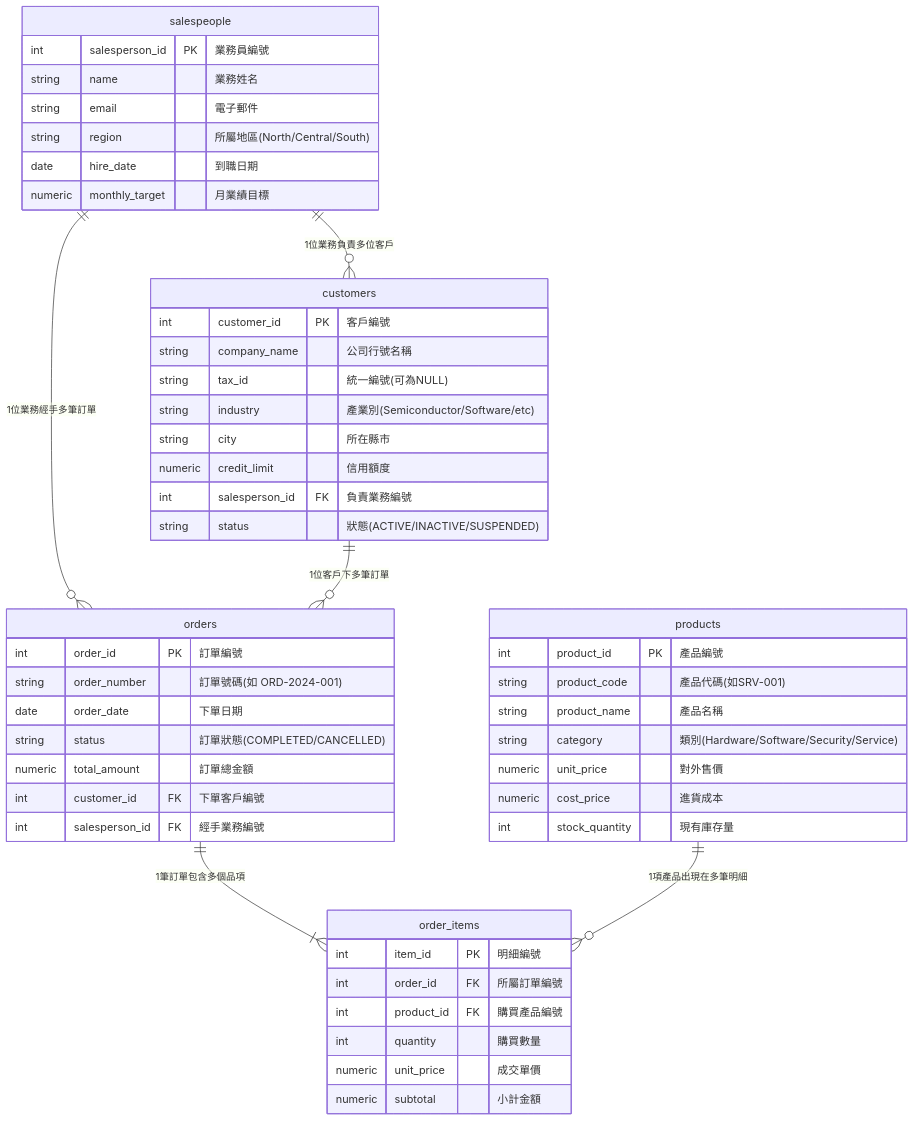
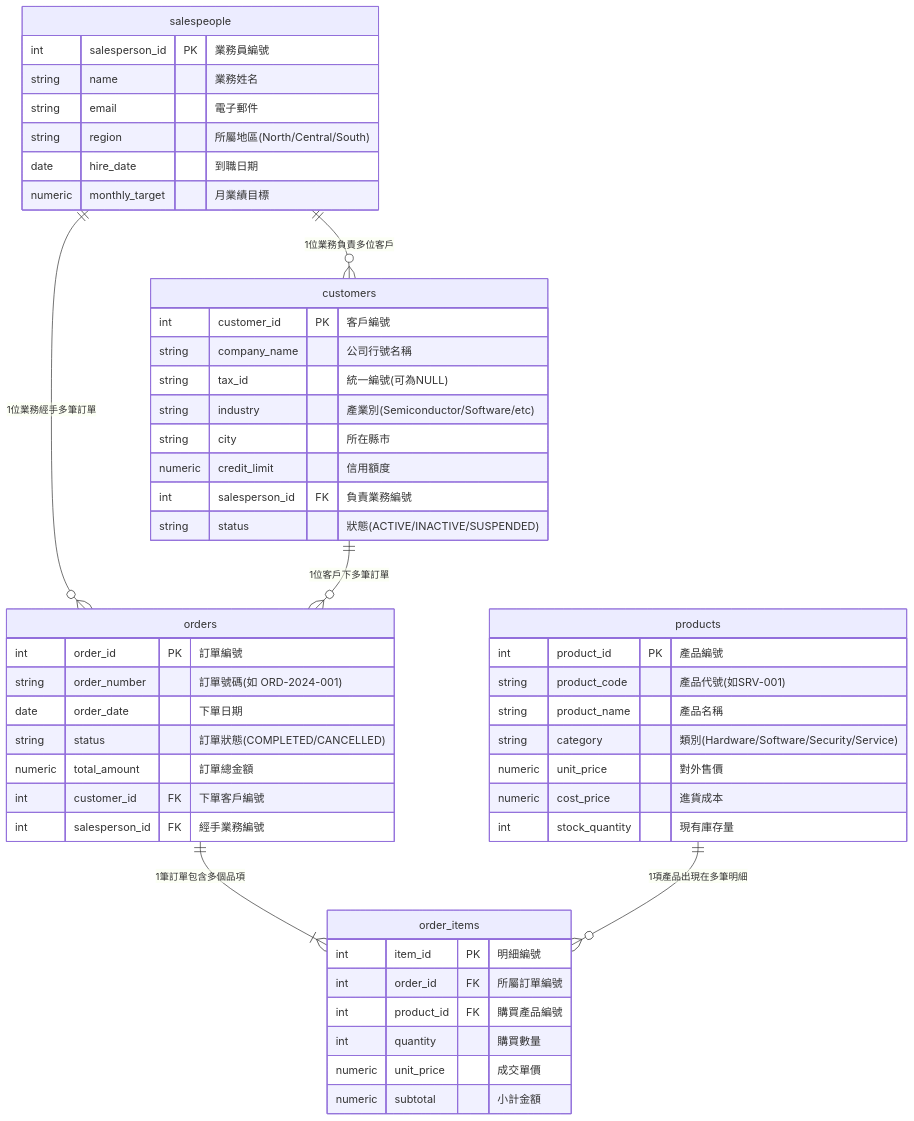
Before and after one commit to rosf000/B2B-SQL: the diagram in 轉職計畫/01_Month01_SQL基礎/03_SQL核心語法_SELECT到JOIN全解析.md, drawn with Mermaid. The commit also changed other lines of this file and 48 other files, not shown here.

````diff
--- a/轉職計畫/01_Month01_SQL基礎/03_SQL核心語法_SELECT到JOIN全解析.md
+++ b/轉職計畫/01_Month01_SQL基礎/03_SQL核心語法_SELECT到JOIN全解析.md
@@ -13,57 +13,57 @@
 ```mermaid
 erDiagram
     salespeople ||--o{ customers : "1位業務負責多位客戶"
     salespeople ||--o{ orders : "1位業務經手多筆訂單"
     customers ||--o{ orders : "1位客戶下多筆訂單"
     orders ||--|{ order_items : "1筆訂單包含多個品項"
     products ||--o{ order_items : "1項產品出現在多筆明細"
 
     salespeople {
         int salesperson_id PK "業務員編號"
         string name "業務姓名"
         string email "電子郵件"
         string region "所屬地區(North/Central/South)"
         date hire_date "到職日期"
         numeric monthly_target "月業績目標"
     }
 
     customers {
         int customer_id PK "客戶編號"
         string company_name "公司行號名稱"
         string tax_id "統一編號(可為NULL)"
         string industry "產業別(Semiconductor/Software/etc)"
         string city "所在縣市"
         numeric credit_limit "信用額度"
         int salesperson_id FK "負責業務編號"
         string status "狀態(ACTIVE/INACTIVE/SUSPENDED)"
     }
 
     products {
         int product_id PK "產品編號"
-        string product_code "產品代碼(如SRV-001)"
+        string product_code "產品代號(如SRV-001)"
         string product_name "產品名稱"
         string category "類別(Hardware/Software/Security/Service)"
         numeric unit_price "對外售價"
         numeric cost_price "進貨成本"
         int stock_quantity "現有庫存量"
     }
 
     orders {
         int order_id PK "訂單編號"
         string order_number "訂單號碼(如 ORD-2024-001)"
         date order_date "下單日期"
         string status "訂單狀態(COMPLETED/CANCELLED)"
         numeric total_amount "訂單總金額"
         int customer_id FK "下單客戶編號"
         int salesperson_id FK "經手業務編號"
     }
 
     order_items {
         int item_id PK "明細編號"
         int order_id FK "所屬訂單編號"
         int product_id FK "購買產品編號"
         int quantity "購買數量"
         numeric unit_price "成交單價"
         numeric subtotal "小計金額"
     }
 ```
````
